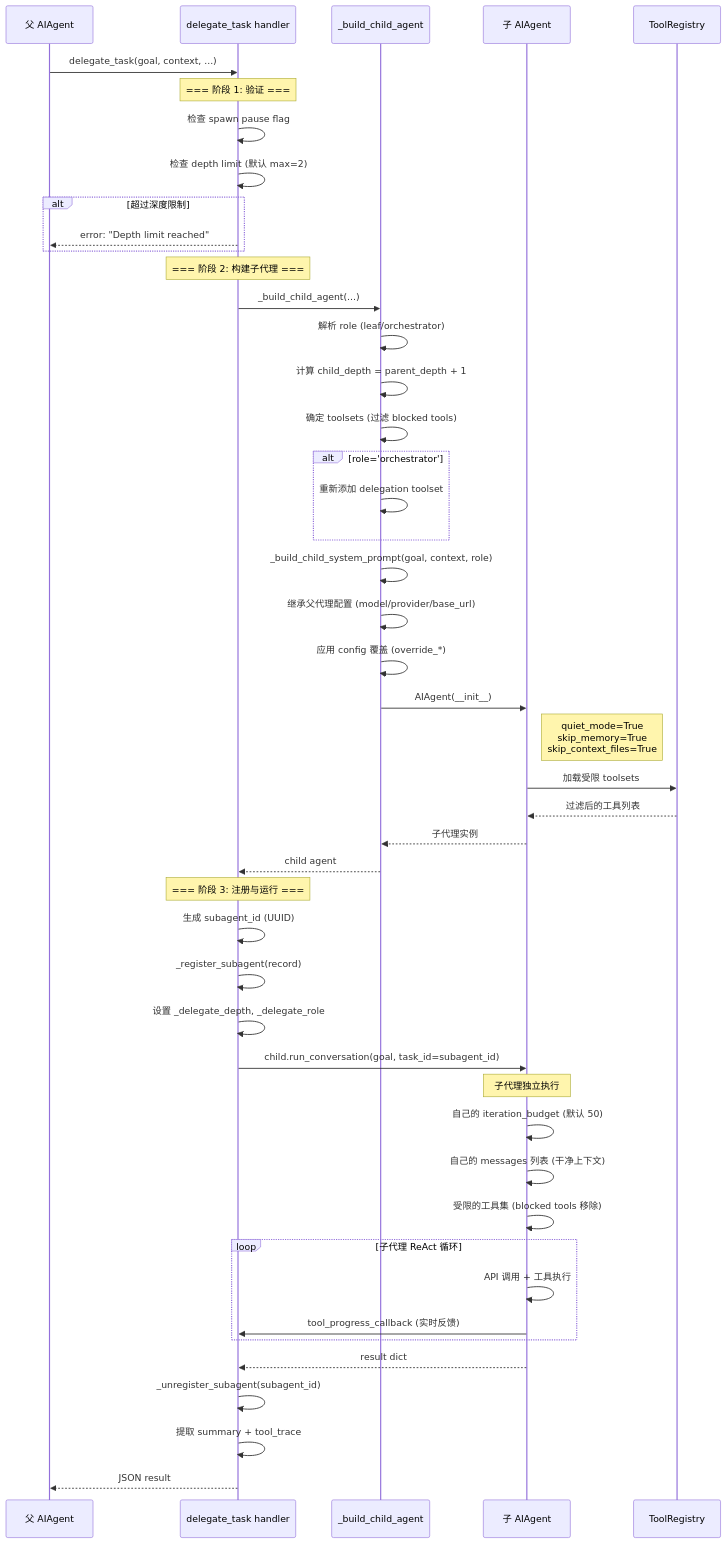
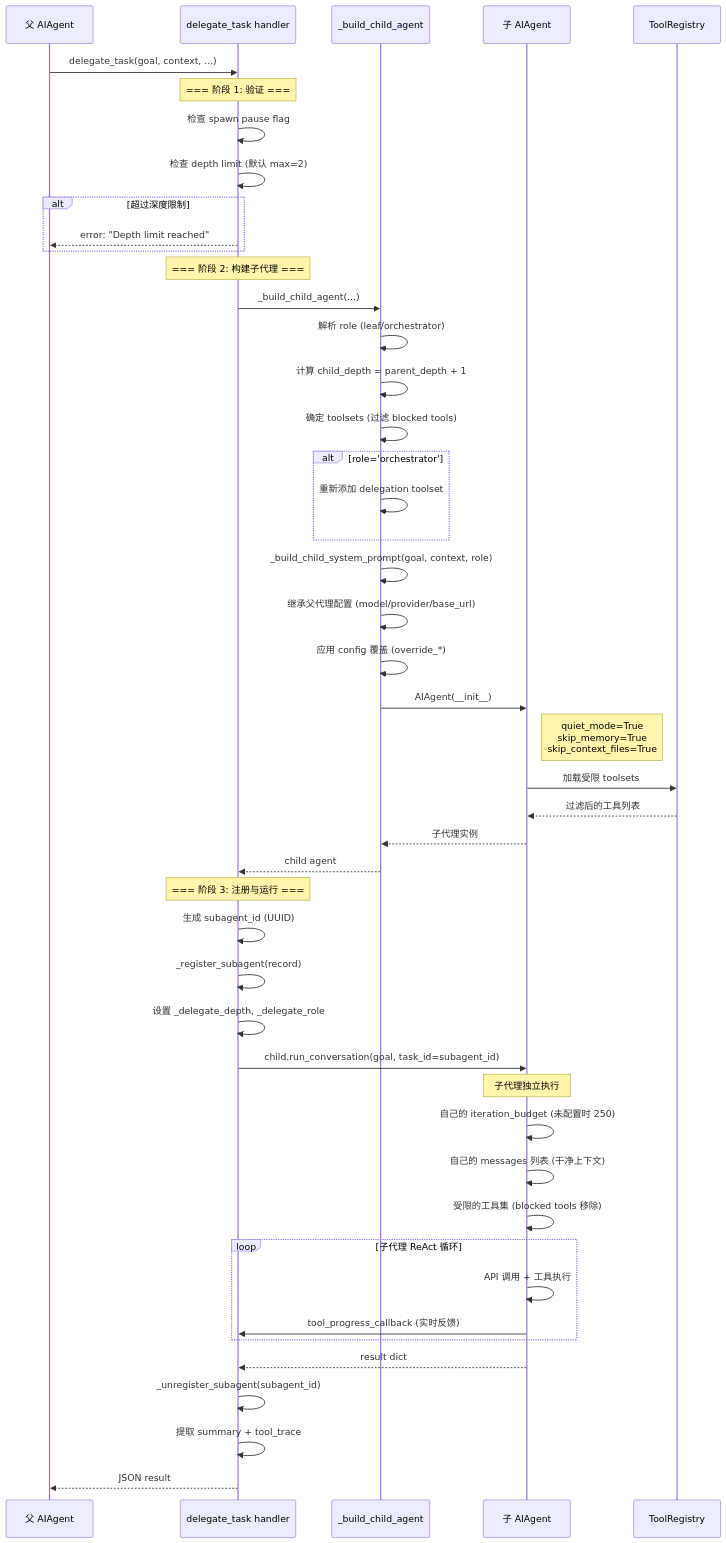
Before and after one commit to themass/agent-docs: the second of 3 diagrams in hermes/docs/archive/legacy/MULTI_AGENT_ARCHITECTURE.md, drawn with Mermaid. The commit also changed other lines of this file and 508 other files, not shown here.

````diff
--- a/hermes/docs/archive/legacy/MULTI_AGENT_ARCHITECTURE.md
+++ b/hermes/docs/archive/legacy/MULTI_AGENT_ARCHITECTURE.md
@@ -508,63 +621,63 @@
 ```mermaid
 sequenceDiagram
     participant Parent as 父 AIAgent
     participant Delegate as delegate_task handler
     participant Builder as _build_child_agent
     participant Child as 子 AIAgent
     participant Registry as ToolRegistry
     
     Parent->>Delegate: delegate_task(goal, context, ...)
     
     Note over Delegate: === 阶段 1: 验证 ===
     Delegate->>Delegate: 检查 spawn pause flag
     Delegate->>Delegate: 检查 depth limit (默认 max=2)
     alt 超过深度限制
         Delegate-->>Parent: error: "Depth limit reached"
     end
     
     Note over Delegate: === 阶段 2: 构建子代理 ===
     Delegate->>Builder: _build_child_agent(...)
     
     Builder->>Builder: 解析 role (leaf/orchestrator)
     Builder->>Builder: 计算 child_depth = parent_depth + 1
     Builder->>Builder: 确定 toolsets (过滤 blocked tools)
     
     alt role='orchestrator'
         Builder->>Builder: 重新添加 delegation toolset
     end
     
     Builder->>Builder: _build_child_system_prompt(goal, context, role)
     Builder->>Builder: 继承父代理配置 (model/provider/base_url)
     Builder->>Builder: 应用 config 覆盖 (override_*)
     
     Builder->>Child: AIAgent(__init__)
     Note right of Child: quiet_mode=True<br/>skip_memory=True<br/>skip_context_files=True
     
     Child->>Registry: 加载受限 toolsets
     Registry-->>Child: 过滤后的工具列表
     
     Child-->>Builder: 子代理实例
     Builder-->>Delegate: child agent
     
     Note over Delegate: === 阶段 3: 注册与运行 ===
     Delegate->>Delegate: 生成 subagent_id (UUID)
     Delegate->>Delegate: _register_subagent(record)
     Delegate->>Delegate: 设置 _delegate_depth, _delegate_role
     
     Delegate->>Child: child.run_conversation(goal, task_id=subagent_id)
     
     Note over Child: 子代理独立执行
-    Child->>Child: 自己的 iteration_budget (默认 50)
+    Child->>Child: 自己的 iteration_budget (未配置时 250)
     Child->>Child: 自己的 messages 列表 (干净上下文)
     Child->>Child: 受限的工具集 (blocked tools 移除)
     
     loop 子代理 ReAct 循环
         Child->>Child: API 调用 + 工具执行
         Child->>Delegate: tool_progress_callback (实时反馈)
     end
     
     Child-->>Delegate: result dict
     Delegate->>Delegate: _unregister_subagent(subagent_id)
     Delegate->>Delegate: 提取 summary + tool_trace
     Delegate-->>Parent: JSON result
 ```
````
